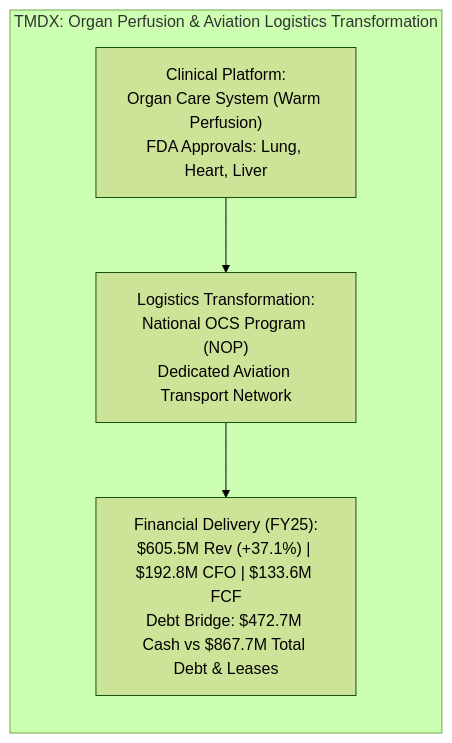
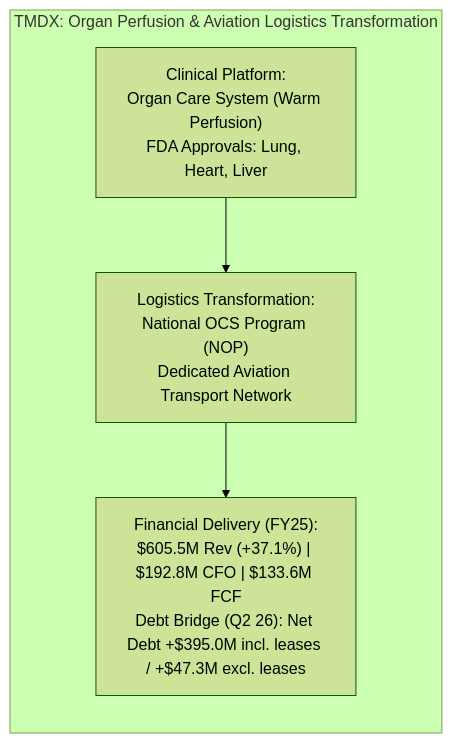
Before and after one commit to daakara/finance: the first of 2 diagrams in docs/research/discovery_cycle_2/DISCOVERY_OPPORTUNITY_RECORDS.md, drawn with Mermaid (forest theme). The commit also changed other lines of this file and 5 other files, not shown here.

Commit message:
fix(research): adopt consistent net debt convention, correct lease timing and segment profit labeling, and enforce real validator checks (PR #46)

````diff
--- a/docs/research/discovery_cycle_2/DISCOVERY_OPPORTUNITY_RECORDS.md
+++ b/docs/research/discovery_cycle_2/DISCOVERY_OPPORTUNITY_RECORDS.md
@@ -14,9 +14,9 @@
 ```mermaid
 flowchart LR
     subgraph TMDX_Model["TMDX: Organ Perfusion & Aviation Logistics Transformation"]
         OCS["Clinical Platform:<br/>Organ Care System (Warm Perfusion)<br/>FDA Approvals: Lung, Heart, Liver"]
         NOP["Logistics Transformation:<br/>National OCS Program (NOP)<br/>Dedicated Aviation Transport Network"]
-        Cash["Financial Delivery (FY25):<br/>$605.5M Rev (+37.1%) | $192.8M CFO | $133.6M FCF<br/>Debt Bridge: $472.7M Cash vs $867.7M Total Debt & Leases"]
+        Cash["Financial Delivery (FY25):<br/>$605.5M Rev (+37.1%) | $192.8M CFO | $133.6M FCF<br/>Debt Bridge (Q2 26): Net Debt +$395.0M incl. leases / +$47.3M excl. leases"]
     end
     OCS --> NOP --> Cash
 ```
````
